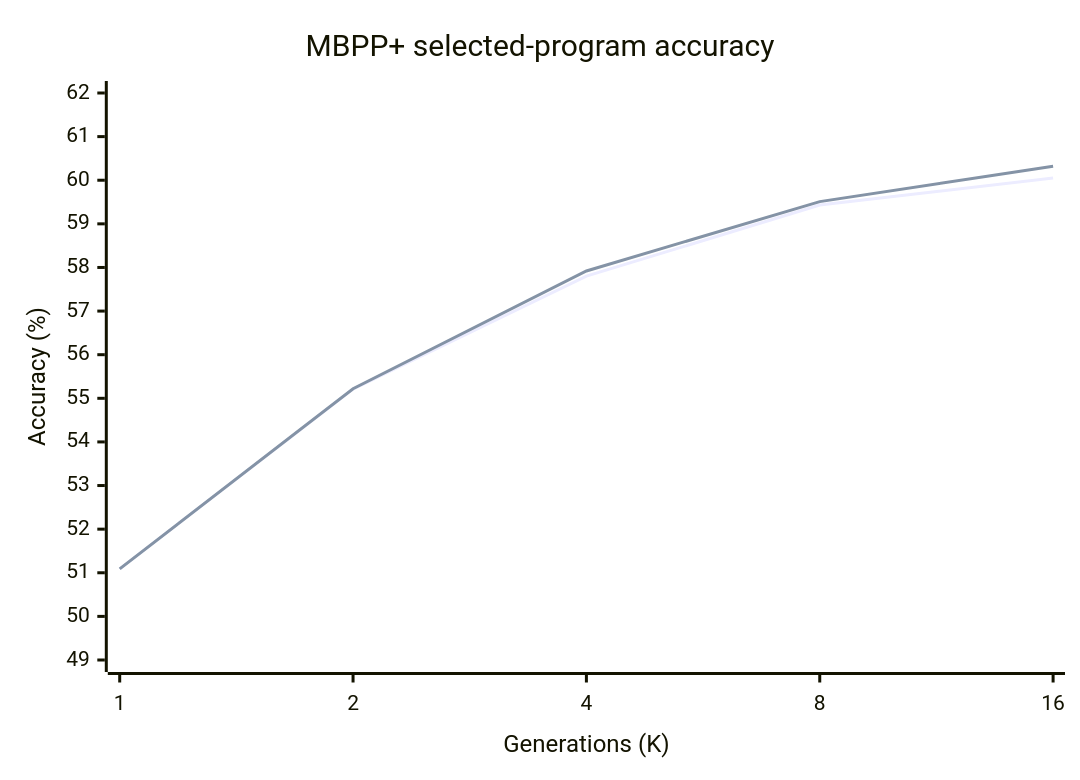
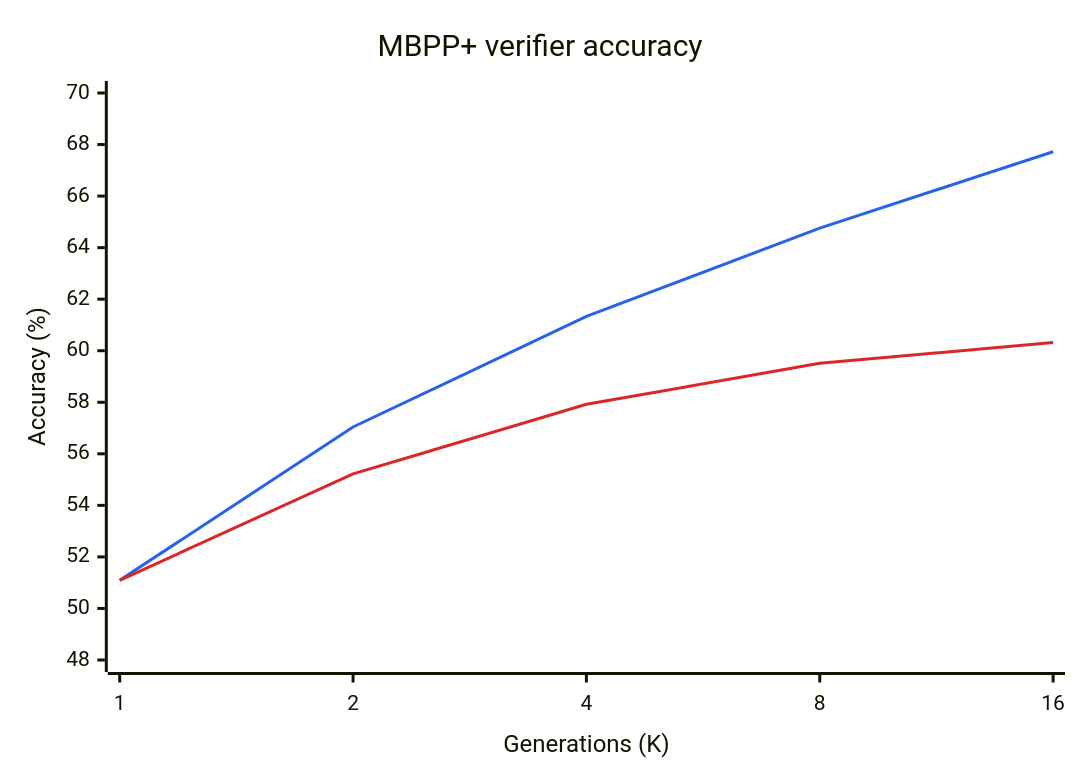
Before and after one commit to kunal-sinha-coding/personal-website: the second of 2 diagrams in blog/teaching_absurdly_tiny_llms_to_code.md, drawn with Mermaid. The commit also changed other lines of this file and 1 other file, not shown here.

Commit message:
Reframe results around verifier and compute analysis

````diff
--- a/blog/teaching_absurdly_tiny_llms_to_code.md
+++ b/blog/teaching_absurdly_tiny_llms_to_code.md
@@ -208,8 +220,14 @@
 ```mermaid
+---
+config:
+  themeVariables:
+    xyChart:
+      plotColorPalette: "#2563eb, #dc2626"
+---
 xychart-beta
-    title "MBPP+ selected-program accuracy"
+    title "MBPP+ verifier accuracy"
     x-axis "Generations (K)" [1, 2, 4, 8, 16]
-    y-axis "Accuracy (%)" 49 --> 62
-    line "Execution verifier" [51.09, 55.21, 57.80, 59.43, 60.05]
+    y-axis "Accuracy (%)" 48 --> 70
+    line "Perfect verifier" [51.09, 57.04, 61.33, 64.76, 67.72]
     line "Execution verifier plus clustering" [51.09, 55.22, 57.92, 59.51, 60.32]
 ```
````
